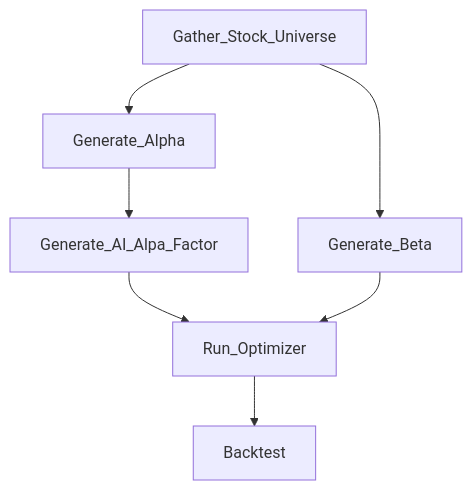
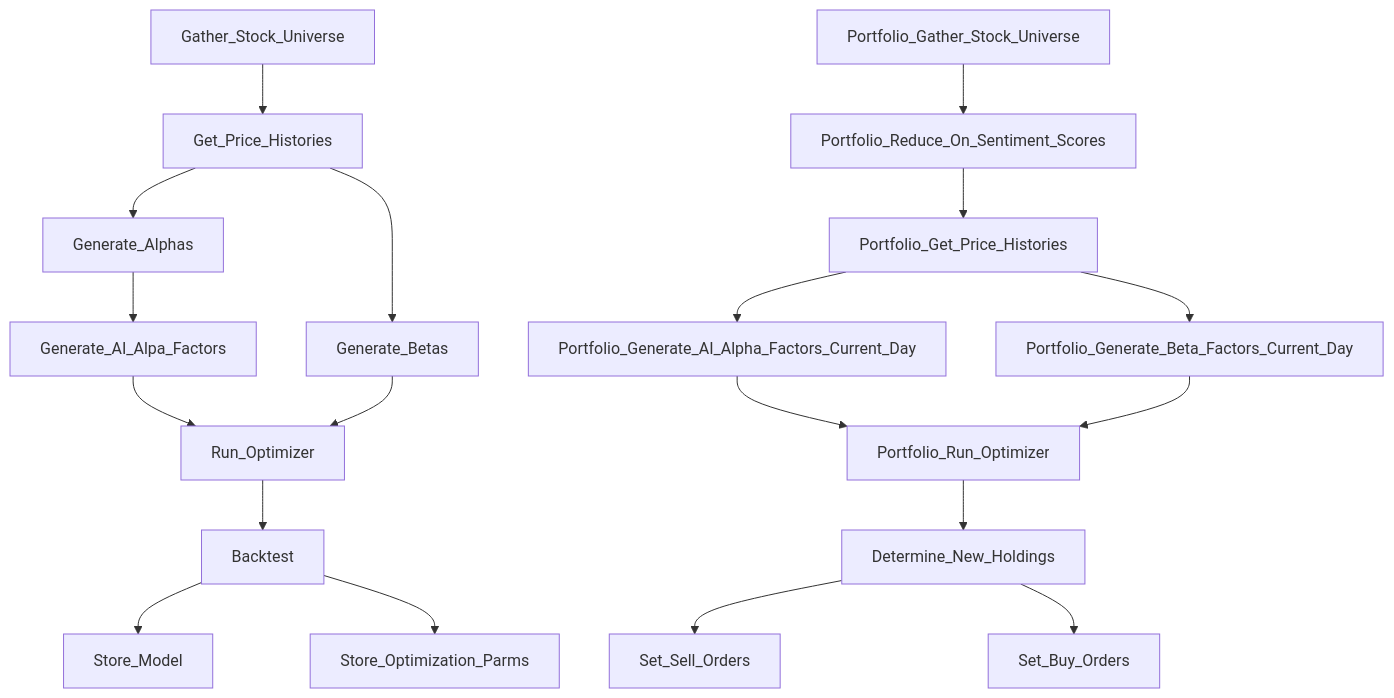
The diagram in README.md (nmaiorana/svi-trading-tools), drawn with Mermaid before and after one commit. The commit also changed 7 other files, not shown here.

Commit message:
Updated Readme Graph

````diff
--- a/README.md
+++ b/README.md
@@ -12,10 +12,23 @@
 ```mermaid
 
   graph TD;
-      Gather_Stock_Universe-->Generate_Alpha;
-      Gather_Stock_Universe-->Generate_Beta;
-      Generate_Alpha-->Generate_AI_Alpa_Factor;
-      Generate_AI_Alpa_Factor-->Run_Optimizer;
-      Generate_Beta-->Run_Optimizer;
+      Gather_Stock_Universe-->Get_Price_Histories;
+      Get_Price_Histories-->Generate_Alphas;
+      Get_Price_Histories-->Generate_Betas;
+      Generate_Alphas-->Generate_AI_Alpa_Factors;
+      Generate_AI_Alpa_Factors-->Run_Optimizer;
+      Generate_Betas-->Run_Optimizer;
       Run_Optimizer-->Backtest;
+      Backtest-->Store_Model;
+      Backtest-->Store_Optimization_Parms;
+      Portfolio_Gather_Stock_Universe-->Portfolio_Reduce_On_Sentiment_Scores;
+      Portfolio_Reduce_On_Sentiment_Scores-->Portfolio_Get_Price_Histories;
+      Portfolio_Get_Price_Histories-->Portfolio_Generate_AI_Alpha_Factors_Current_Day;
+      Portfolio_Get_Price_Histories-->Portfolio_Generate_Beta_Factors_Current_Day;
+      Portfolio_Generate_AI_Alpha_Factors_Current_Day-->Portfolio_Run_Optimizer;
+      Portfolio_Generate_Beta_Factors_Current_Day-->Portfolio_Run_Optimizer;
+      Portfolio_Run_Optimizer-->Determine_New_Holdings;
+      Determine_New_Holdings-->Set_Sell_Orders;
+      Determine_New_Holdings-->Set_Buy_Orders;
+      
 ```
````
